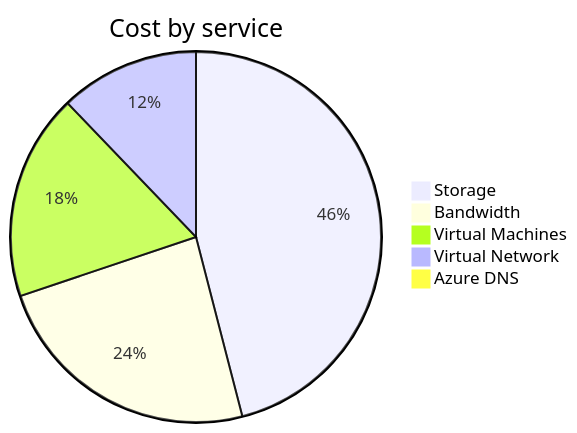
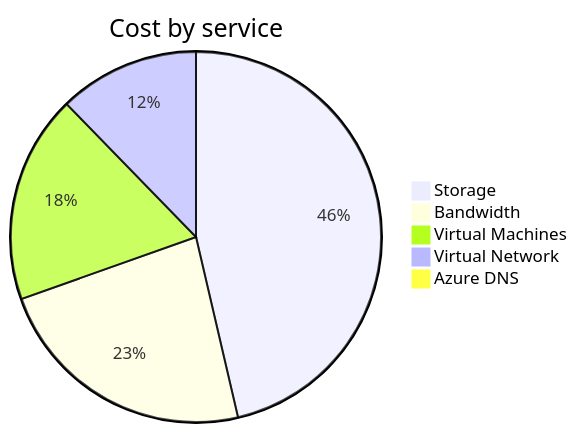
Before and after one commit to jpfulton/azure-personal-reports: the second of 4 diagrams in cost-reports/personal-network/README.md, drawn with Mermaid. The commit also changed other lines of this file and 8 other files, not shown here.

````diff
--- a/cost-reports/personal-network/README.md
+++ b/cost-reports/personal-network/README.md
@@ -95,9 +95,9 @@
 ```mermaid
 pie
    title Cost by service
-   "Storage" : 23.54
-   "Bandwidth" : 12.22
-   "Virtual Machines" : 9.21
-   "Virtual Network" : 6.23
-   "Azure DNS" : 0.42
+   "Storage" : 24.42
+   "Bandwidth" : 12.23
+   "Virtual Machines" : 9.56
+   "Virtual Network" : 6.47
+   "Azure DNS" : 0.44
 ```
````
